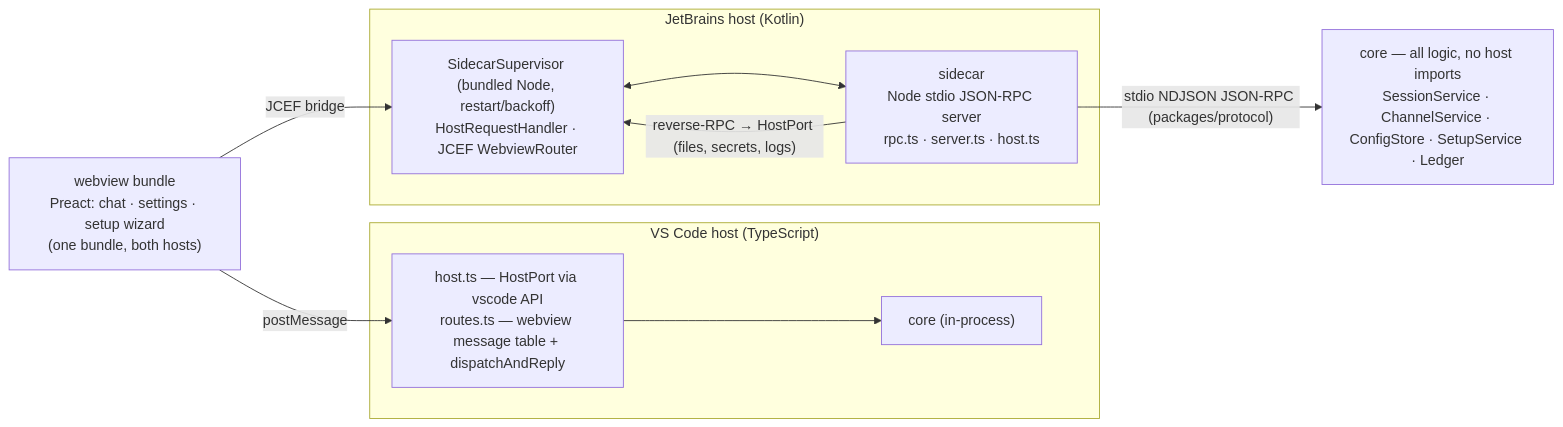
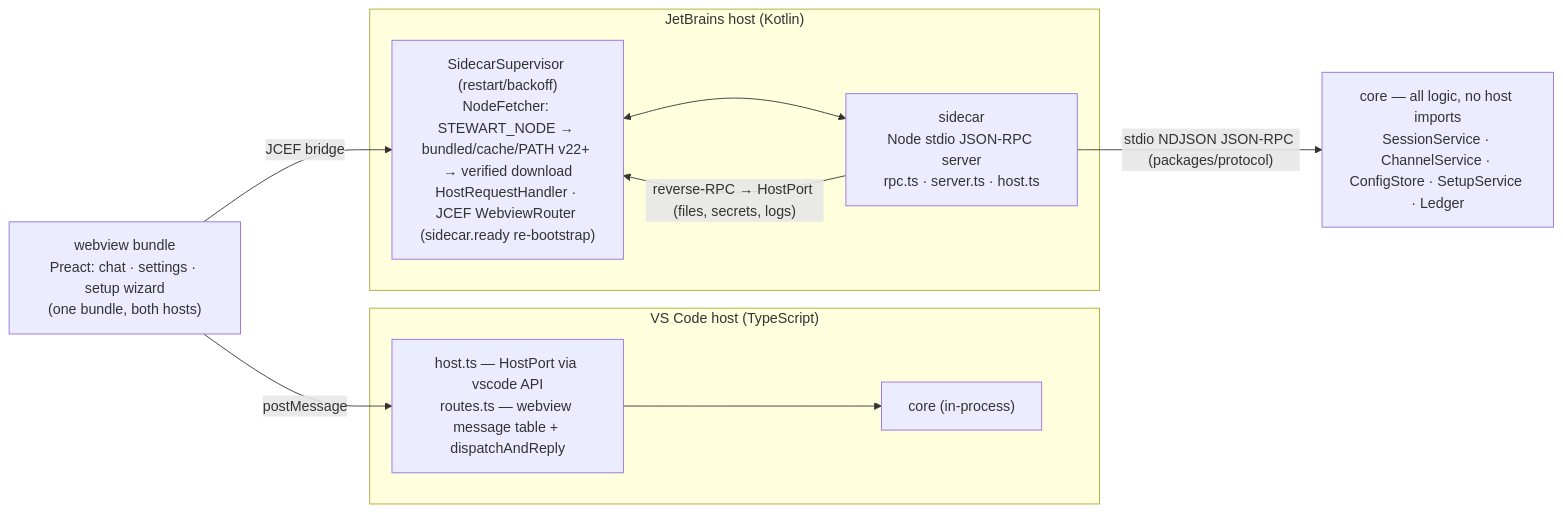
One commit to GDBryant/Stewart changed the first of 4 diagrams in docs/ARCHITECTURE_DIAGRAM.md. Above: the diagram before and after it, drawn with Mermaid. The commit also changed other lines of this file and 6 other files, not shown here.

````diff
--- a/docs/ARCHITECTURE_DIAGRAM.md
+++ b/docs/ARCHITECTURE_DIAGRAM.md
@@ -13,23 +13,23 @@
 ```mermaid
 flowchart LR
     WV["webview bundle<br/>Preact: chat · settings · setup wizard<br/>(one bundle, both hosts)"]
 
     subgraph VSC["VS Code host (TypeScript)"]
         VS["host.ts — HostPort via vscode API<br/>routes.ts — webview message table + dispatchAndReply"]
         CORE1["core (in-process)"]
         VS --> CORE1
     end
 
     subgraph JBK["JetBrains host (Kotlin)"]
-        JH["SidecarSupervisor (bundled Node, restart/backoff)<br/>HostRequestHandler · JCEF WebviewRouter"]
+        JH["SidecarSupervisor (restart/backoff)<br/>NodeFetcher: STEWART_NODE → bundled/cache/PATH v22+ → verified download<br/>HostRequestHandler · JCEF WebviewRouter (sidecar.ready re-bootstrap)"]
         SC["sidecar<br/>Node stdio JSON-RPC server<br/>rpc.ts · server.ts · host.ts"]
         JH <--> SC
     end
 
     CORE2["core — all logic, no host imports<br/>SessionService · ChannelService · ConfigStore · SetupService · Ledger"]
 
     WV -- "postMessage" --> VS
     WV -- "JCEF bridge" --> JH
     SC -- "stdio NDJSON JSON-RPC (packages/protocol)" --> CORE2
     SC -- "reverse-RPC → HostPort (files, secrets, logs)" --> JH
 ```
````
